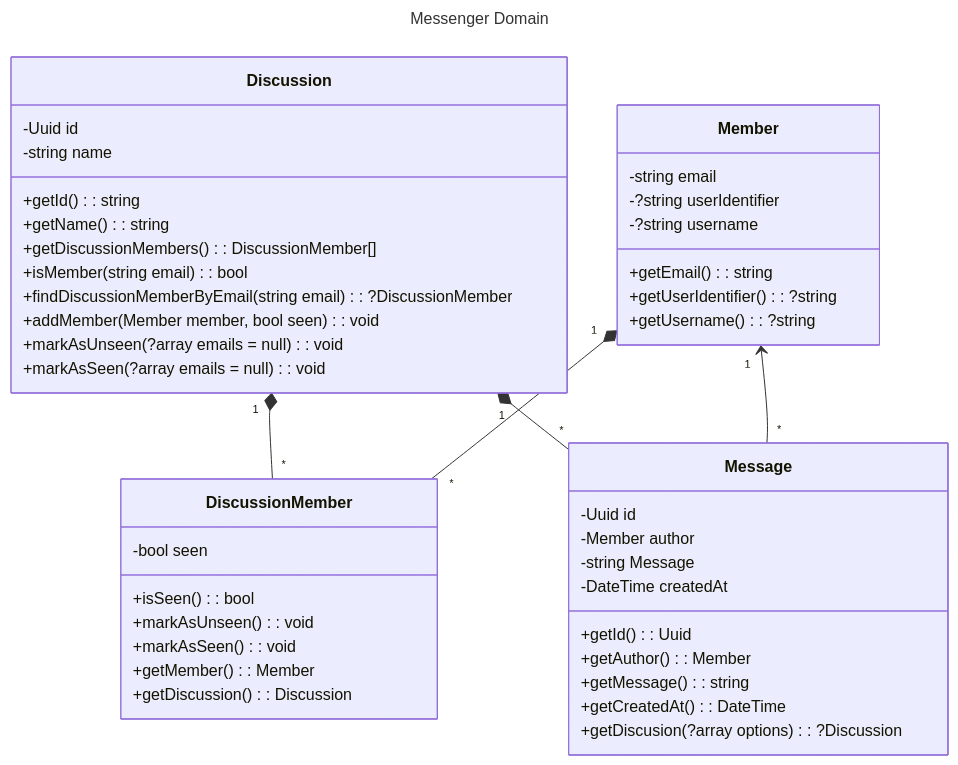
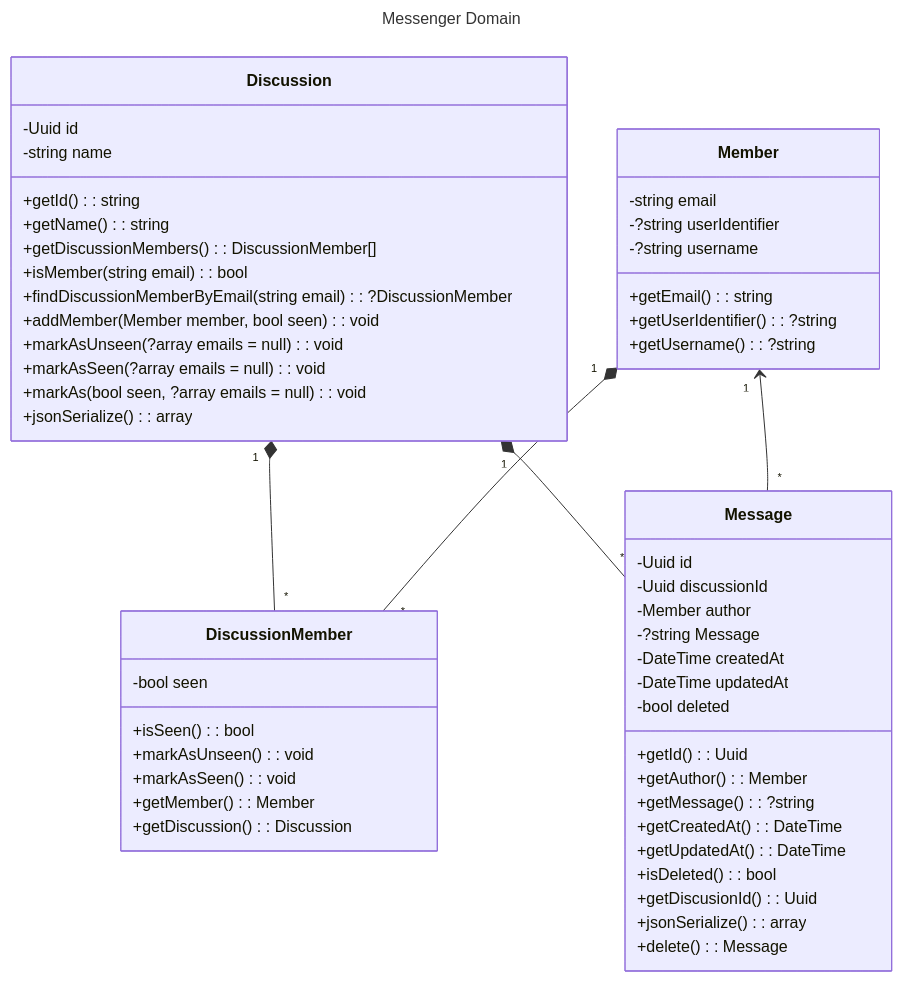
The first of 5 diagrams in README.md (thetis20/messenger-domain), drawn with Mermaid before and after one commit. The commit also changed other lines of this file, not shown here.

Commit message:
N/A: documentation

````diff
--- a/README.md
+++ b/README.md
@@ -70,50 +70,59 @@
 ```mermaid
 ---
 title: Messenger Domain
 ---
 classDiagram
    Discussion "1" *-- "*" DiscussionMember
    Member "1" *-- "*" DiscussionMember
    Discussion "1" *-- "*" Message
    Member "1" <-- "*" Message
    class Discussion {
       -Uuid id
       -string name
       +getId(): string
       +getName(): string
       +getDiscussionMembers(): DiscussionMember[]
       +isMember(string email): bool
       +findDiscussionMemberByEmail(string email): ?DiscussionMember
       +addMember(Member member, bool seen): void
       +markAsUnseen(?array emails = null): void
       +markAsSeen(?array emails = null): void
+      +markAs(bool seen, ?array emails = null): void
+      +jsonSerialize(): array
    }
    class DiscussionMember {
       -bool seen
       +isSeen(): bool
       +markAsUnseen(): void
       +markAsSeen(): void
       +getMember(): Member
       +getDiscussion(): Discussion
    }
    class Member {
       -string email
       -?string userIdentifier
       -?string username
       +getEmail(): string
       +getUserIdentifier(): ?string
       +getUsername(): ?string
    }
    class Message {
       -Uuid id
+      -Uuid discussionId
       -Member author
-      -string Message
+      -?string Message
       -DateTime createdAt
+      -DateTime updatedAt
+      -bool deleted
       +getId(): Uuid
       +getAuthor(): Member
-      +getMessage(): string
+      +getMessage(): ?string
       +getCreatedAt(): DateTime
-      +getDiscusion(?array options): ?Discussion
+      +getUpdatedAt(): DateTime
+      +isDeleted(): bool
+      +getDiscusionId(): Uuid
+      +jsonSerialize(): array
+      +delete(): Message
    }
 
 ```
````
